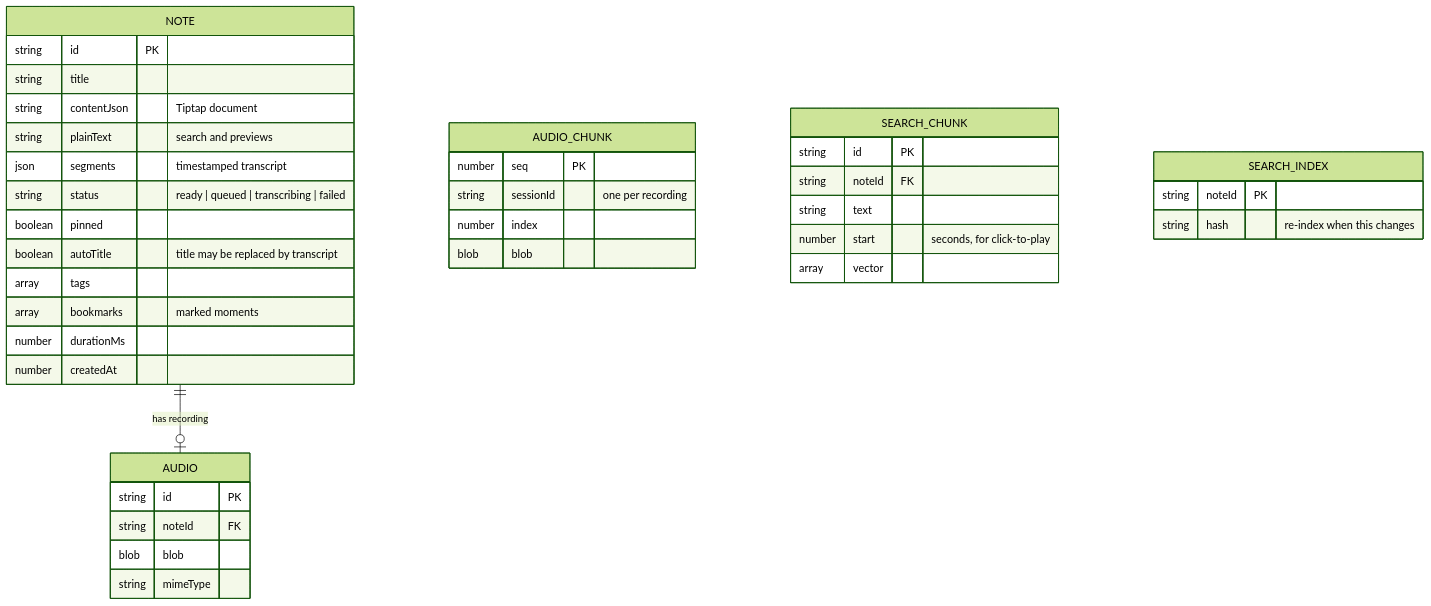
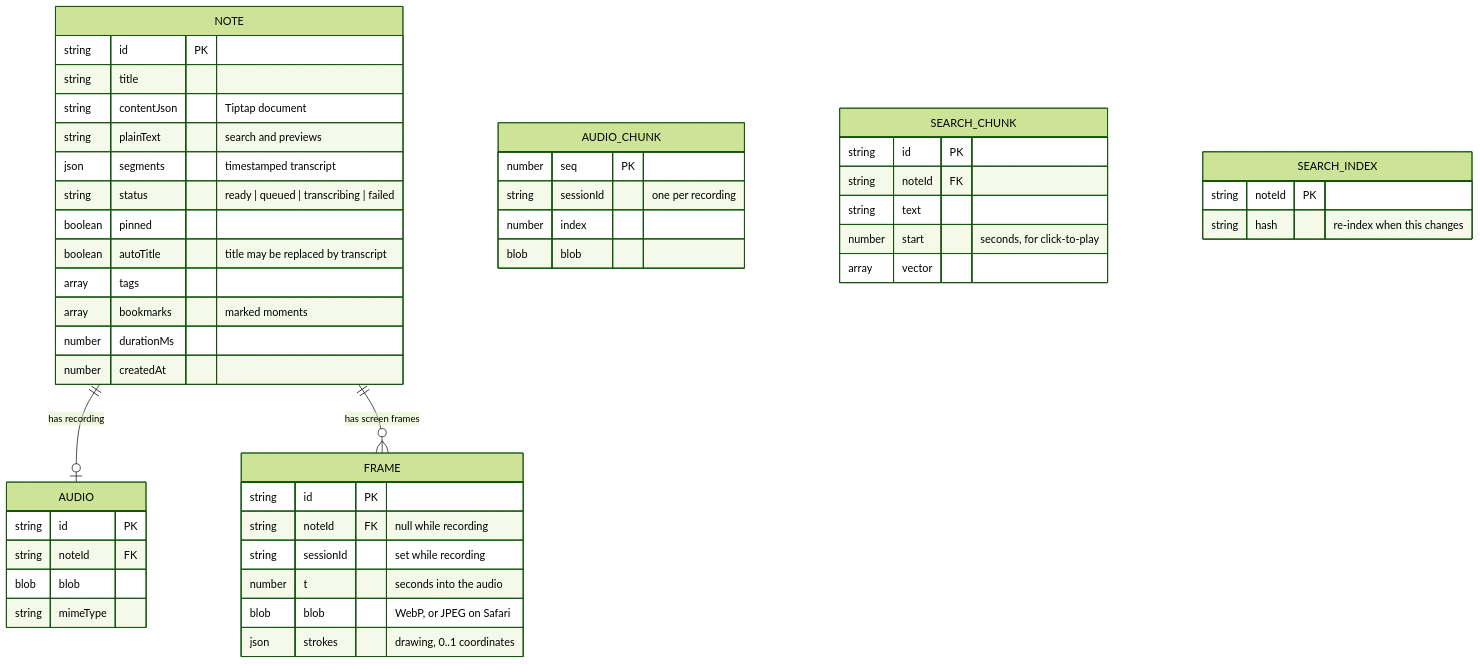
The second of 2 diagrams in README.md (hardikverma22/voice-notes), drawn with Mermaid (forest theme) before and after one commit. The commit also changed other lines of this file and 8 other files, not shown here.

First line of the commit message:
feat: frame ticks on the audio timeline, docs and screenshots for screen notes

````diff
--- a/README.md
+++ b/README.md
@@ -264,41 +300,50 @@
 ```mermaid
 erDiagram
   NOTE ||--o| AUDIO : "has recording"
+  NOTE ||--o{ FRAME : "has screen frames"
   NOTE {
     string id PK
     string title
     string contentJson "Tiptap document"
     string plainText "search and previews"
     json segments "timestamped transcript"
     string status "ready | queued | transcribing | failed"
     boolean pinned
     boolean autoTitle "title may be replaced by transcript"
     array tags
     array bookmarks "marked moments"
     number durationMs
     number createdAt
   }
   AUDIO {
     string id PK
     string noteId FK
     blob blob
     string mimeType
   }
+  FRAME {
+    string id PK
+    string noteId FK "null while recording"
+    string sessionId "set while recording"
+    number t "seconds into the audio"
+    blob blob "WebP, or JPEG on Safari"
+    json strokes "drawing, 0..1 coordinates"
+  }
   AUDIO_CHUNK {
     number seq PK
     string sessionId "one per recording"
     number index
     blob blob
   }
   SEARCH_CHUNK {
     string id PK
     string noteId FK
     string text
     number start "seconds, for click-to-play"
     array vector
   }
   SEARCH_INDEX {
     string noteId PK
     string hash "re-index when this changes"
   }
 ```
````
